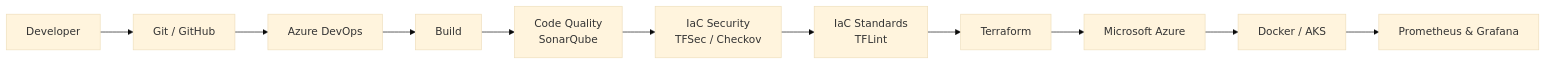
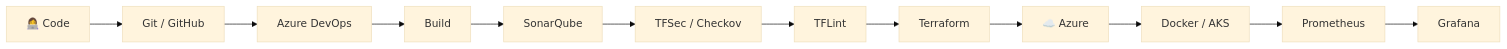
The first of 2 diagrams in README.md (Pjaisw1103/Pjaisw1103), drawn with Mermaid (base theme) before and after one commit. The commit also changed other lines of this file, not shown here.

````diff
--- a/README.md
+++ b/README.md
@@ -63,22 +85,14 @@
 ```mermaid
 flowchart LR
-    A["Developer"] --> B["Git / GitHub"]
-
+    A["👩‍💻 Code"] --> B["Git / GitHub"]
     B --> C["Azure DevOps"]
-
     C --> D["Build"]
-
-    D --> E["Code Quality<br/>SonarQube"]
-
-    E --> F["IaC Security<br/>TFSec / Checkov"]
-
-    F --> G["IaC Standards<br/>TFLint"]
-
+    D --> E["SonarQube"]
+    E --> F["TFSec / Checkov"]
+    F --> G["TFLint"]
     G --> H["Terraform"]
-
-    H --> I["Microsoft Azure"]
-
+    H --> I["☁️ Azure"]
     I --> J["Docker / AKS"]
-
-    J --> K["Prometheus & Grafana"]
+    J --> K["Prometheus"]
+    K --> L["Grafana"]
 ```
````
